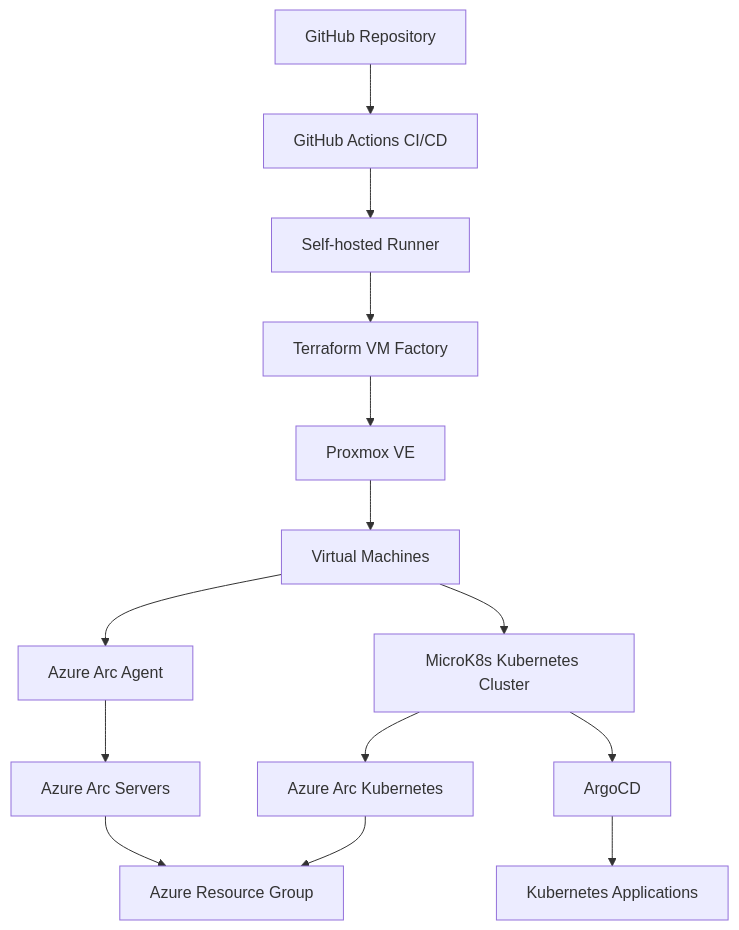
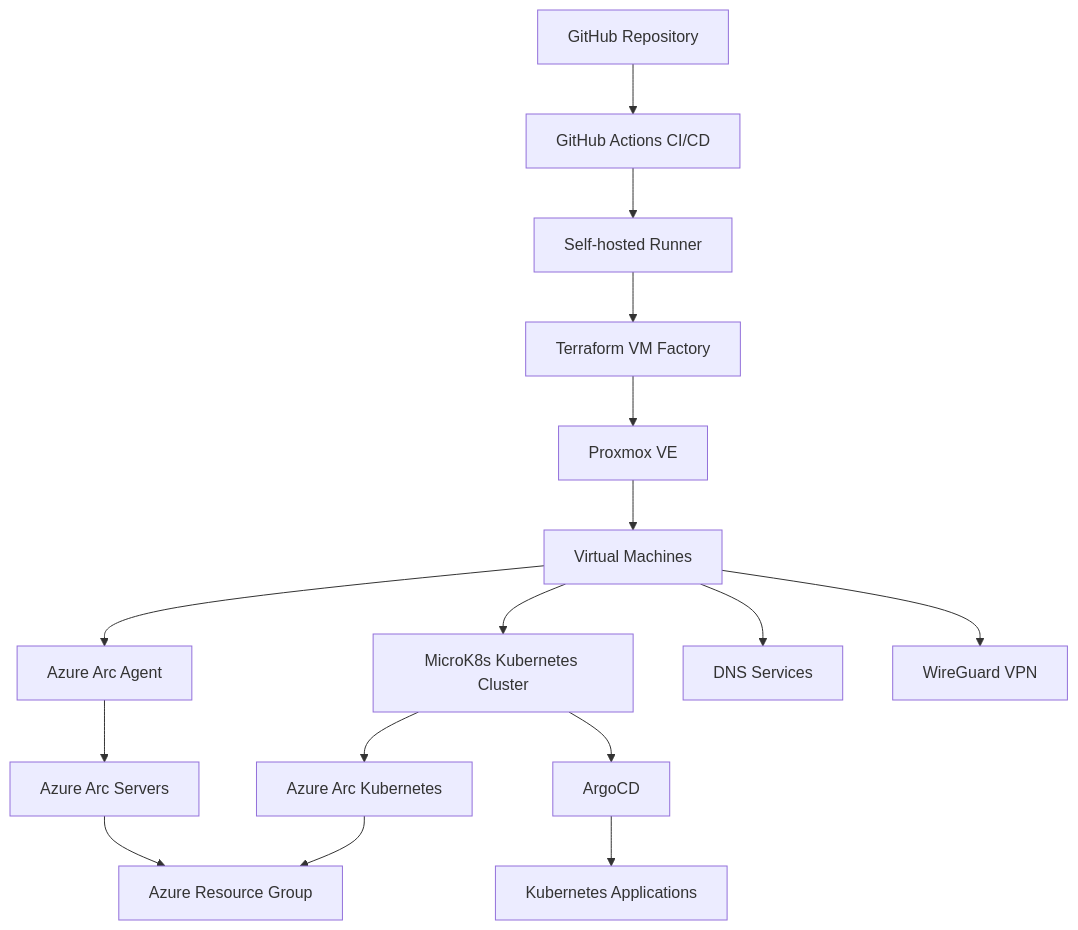
One commit to johnhh-dev/proxmox-multios-vm-factory changed the diagram in README.md. Above: the diagram before and after it, drawn with Mermaid. The commit also changed other lines of this file and 12 other files, not shown here.

````diff
--- a/README.md
+++ b/README.md
@@ -35,24 +35,23 @@
 ```mermaid
 flowchart TD
 
 A[GitHub Repository] --> B[GitHub Actions CI/CD]
 B --> C[Self-hosted Runner]
 
 C --> D[Terraform VM Factory]
-
 D --> E[Proxmox VE]
 E --> F[Virtual Machines]
 
 F --> G[MicroK8s Kubernetes Cluster]
-
 F --> H[Azure Arc Agent]
 G --> I[Azure Arc Kubernetes]
-
 H --> J[Azure Arc Servers]
 
 J --> K[Azure Resource Group]
 I --> K
 
-G --> L[ArgoCD]
-L --> M[Kubernetes Applications]
+F --> L[DNS Services]
+F --> M[WireGuard VPN]
+G --> N[ArgoCD]
+N --> O[Kubernetes Applications]
 ```
````
